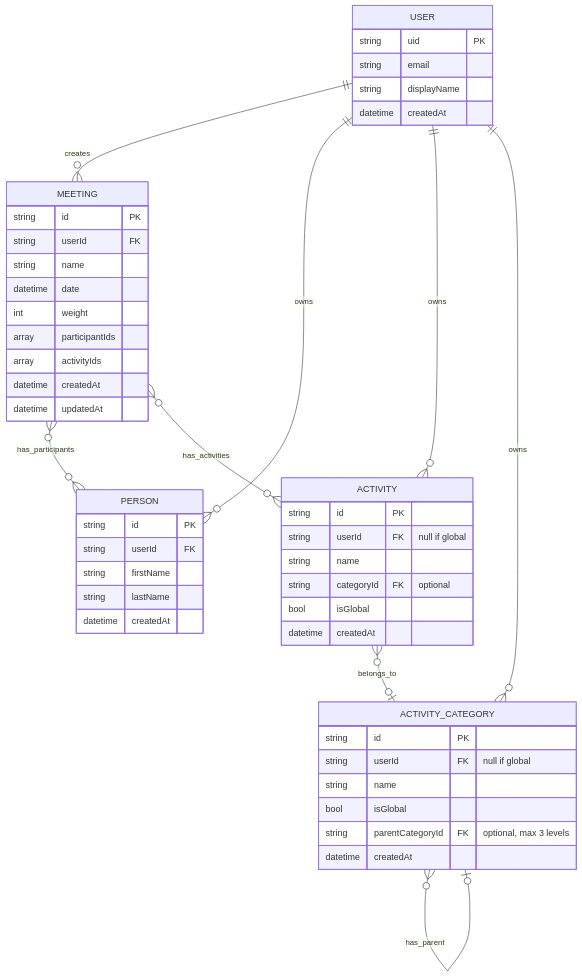
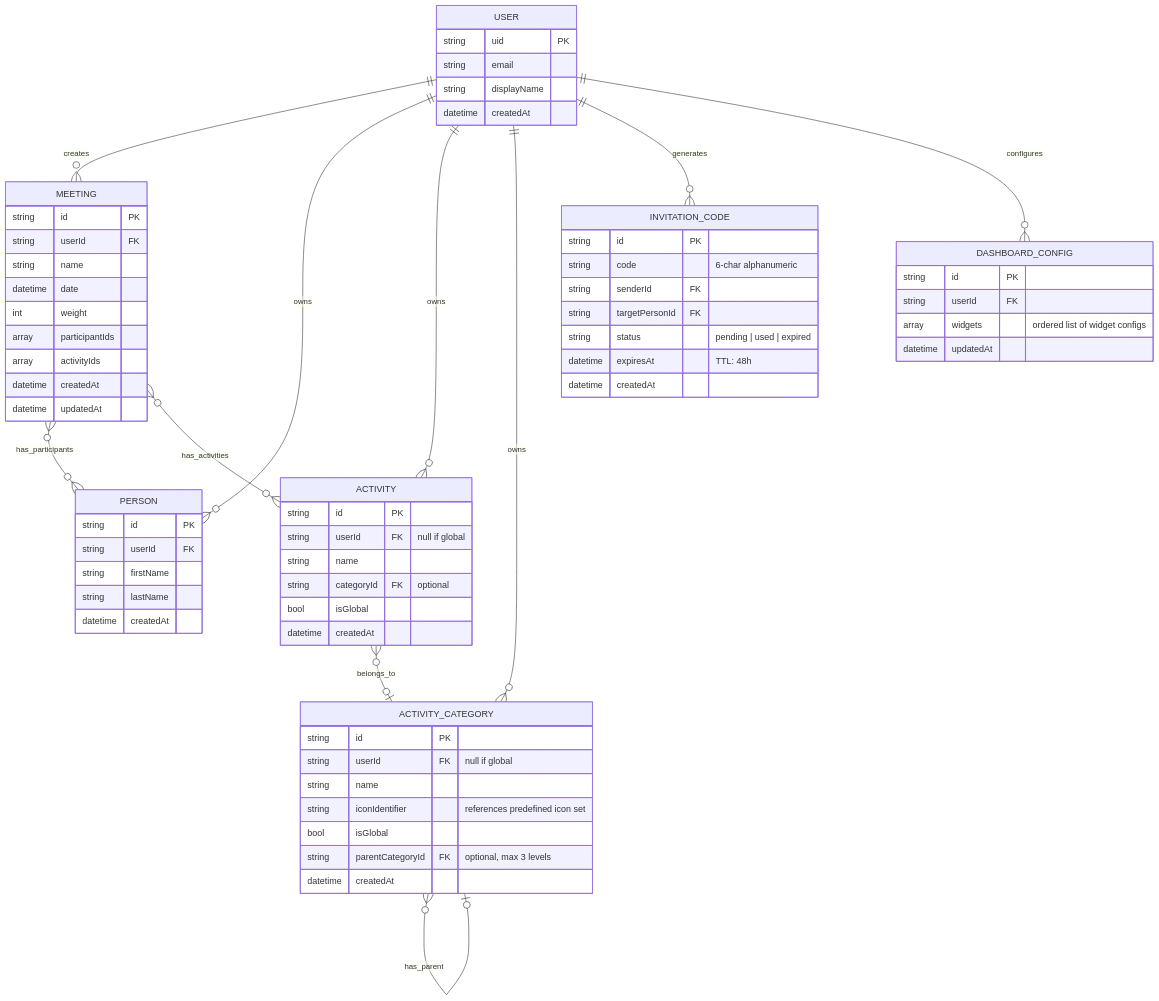
The second of 5 diagrams in docs/architecture.md (aleksanderginalski/Friendsheet-App), drawn with Mermaid before and after one commit. The commit also changed other lines of this file and 3 other files, not shown here.

````diff
--- a/docs/architecture.md
+++ b/docs/architecture.md
@@ -36,56 +45,76 @@
 ```mermaid
 erDiagram
     USER ||--o{ MEETING : creates
     USER ||--o{ PERSON : owns
     USER ||--o{ ACTIVITY : owns
     USER ||--o{ ACTIVITY_CATEGORY : owns
+    USER ||--o{ INVITATION_CODE : generates
+    USER ||--o{ DASHBOARD_CONFIG : configures
     MEETING }o--o{ PERSON : has_participants
     MEETING }o--o{ ACTIVITY : has_activities
     ACTIVITY }o--o| ACTIVITY_CATEGORY : belongs_to
     ACTIVITY_CATEGORY }o--o| ACTIVITY_CATEGORY : has_parent
 
     USER {
         string uid PK
         string email
         string displayName
         datetime createdAt
     }
     
     MEETING {
         string id PK
         string userId FK
         string name
         datetime date
         int weight
         array participantIds
         array activityIds
         datetime createdAt
         datetime updatedAt
     }
     
     PERSON {
         string id PK
         string userId FK
         string firstName
         string lastName
         datetime createdAt
     }
     
     ACTIVITY {
         string id PK
         string userId FK "null if global"
         string name
         string categoryId FK "optional"
         bool isGlobal
         datetime createdAt
     }
 
     ACTIVITY_CATEGORY {
         string id PK
         string userId FK "null if global"
         string name
+        string iconIdentifier "references predefined icon set"
         bool isGlobal
         string parentCategoryId FK "optional, max 3 levels"
         datetime createdAt
     }
+
+    INVITATION_CODE {
+        string id PK
+        string code "6-char alphanumeric"
+        string senderId FK
+        string targetPersonId FK
+        string status "pending | used | expired"
+        datetime expiresAt "TTL: 48h"
+        datetime createdAt
+    }
+
+    DASHBOARD_CONFIG {
+        string id PK
+        string userId FK
+        array widgets "ordered list of widget configs"
+        datetime updatedAt
+    }
 ```
````
